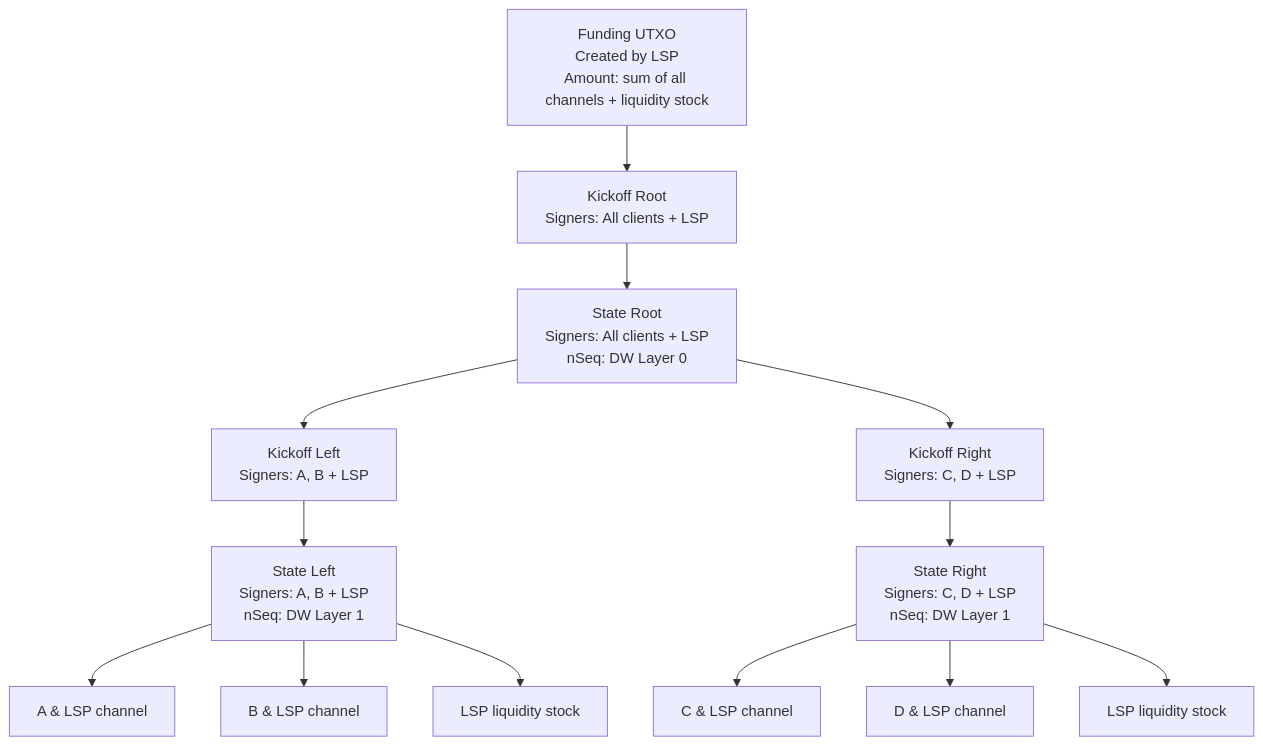
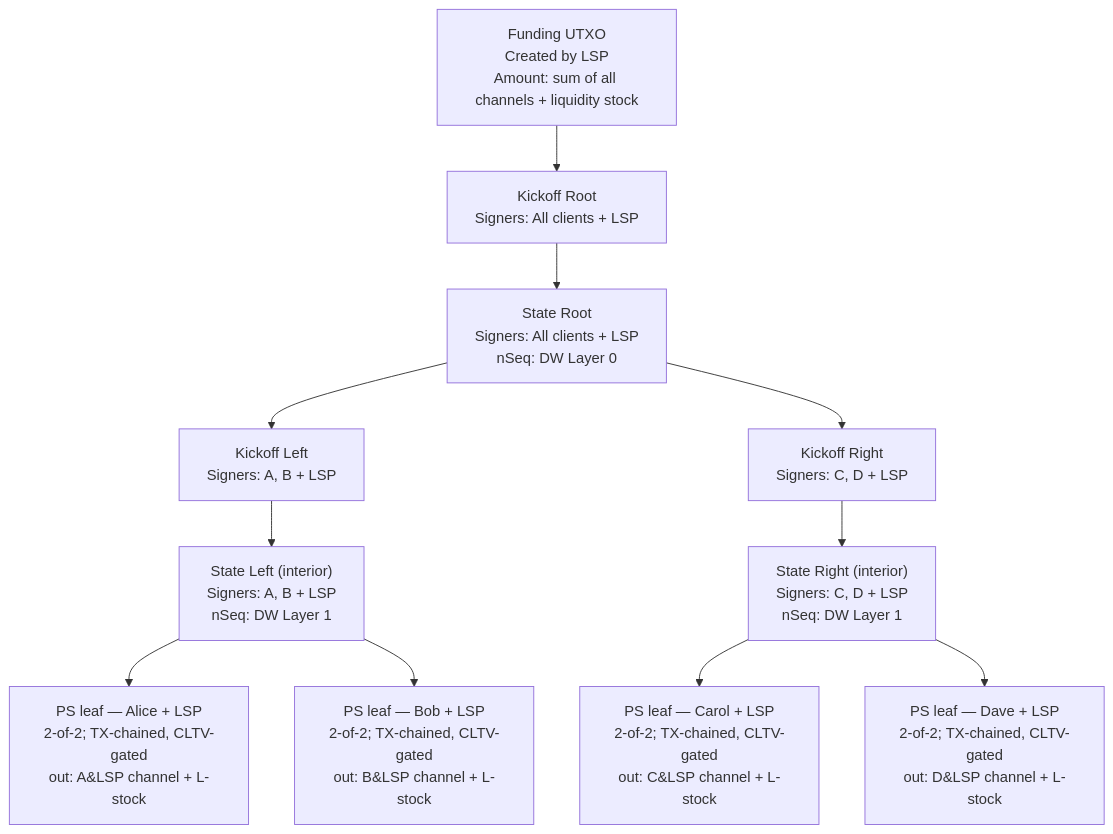
The second of 3 diagrams in how-it-works/building-a-factory.md (8144225309/superscalar-docs), drawn with Mermaid before and after one commit. The commit also changed other lines of this file and 28 other files, not shown here.

First line of the commit message:
docs: full overhaul — accuracy + PS-leaf diagrams + drift fixes + operational-security (#27)

````diff
--- a/how-it-works/building-a-factory.md
+++ b/how-it-works/building-a-factory.md
@@ -31,16 +32,14 @@
 ```mermaid
 graph TD
     Fund["Funding UTXO<br/>Created by LSP<br/>Amount: sum of all channels + liquidity stock"]
     Fund --> KR["Kickoff Root<br/>Signers: All clients + LSP"]
     KR --> SR["State Root<br/>Signers: All clients + LSP<br/>nSeq: DW Layer 0"]
     SR --> KL["Kickoff Left<br/>Signers: A, B + LSP"]
     SR --> KRi["Kickoff Right<br/>Signers: C, D + LSP"]
-    KL --> SL["State Left<br/>Signers: A, B + LSP<br/>nSeq: DW Layer 1"]
-    KRi --> SRi["State Right<br/>Signers: C, D + LSP<br/>nSeq: DW Layer 1"]
-    SL --> ChA["A & LSP channel"]
-    SL --> ChB["B & LSP channel"]
-    SL --> LS1["LSP liquidity stock"]
-    SRi --> ChC["C & LSP channel"]
-    SRi --> ChD["D & LSP channel"]
-    SRi --> LS2["LSP liquidity stock"]
+    KL --> SL["State Left (interior)<br/>Signers: A, B + LSP<br/>nSeq: DW Layer 1"]
+    KRi --> SRi["State Right (interior)<br/>Signers: C, D + LSP<br/>nSeq: DW Layer 1"]
+    SL --> PA["PS leaf — Alice + LSP<br/>2-of-2; TX-chained, CLTV-gated<br/>out: A&LSP channel + L-stock"]
+    SL --> PB["PS leaf — Bob + LSP<br/>2-of-2; TX-chained, CLTV-gated<br/>out: B&LSP channel + L-stock"]
+    SRi --> PC["PS leaf — Carol + LSP<br/>2-of-2; TX-chained, CLTV-gated<br/>out: C&LSP channel + L-stock"]
+    SRi --> PD["PS leaf — Dave + LSP<br/>2-of-2; TX-chained, CLTV-gated<br/>out: D&LSP channel + L-stock"]
 ```
````
